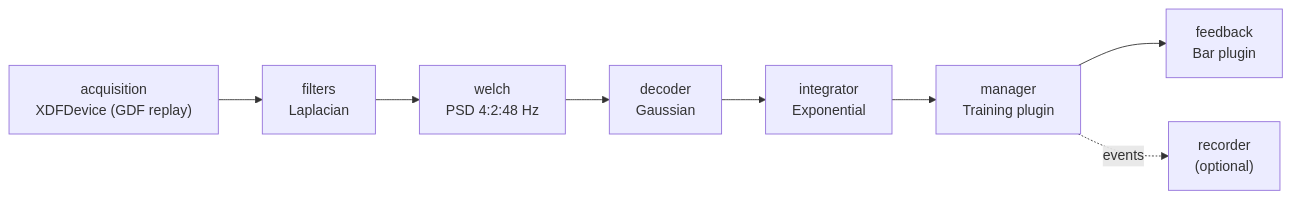
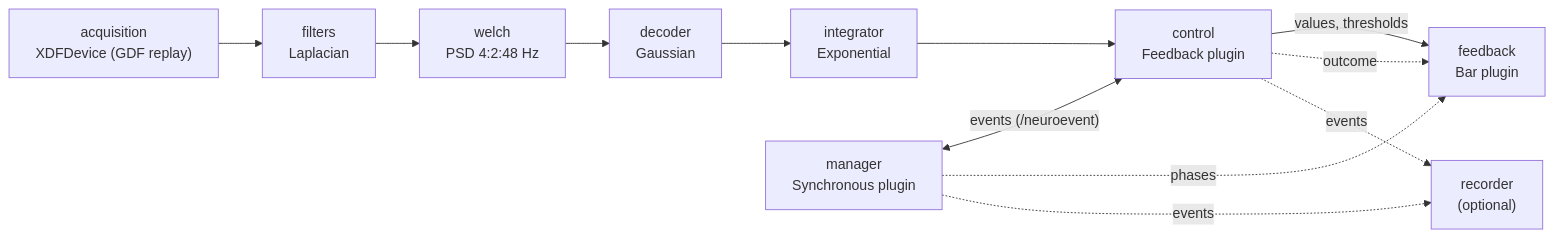
The diagram in docs/tutorials/hardware-free-pipeline/index.md (ros2neuro/docs), drawn with Mermaid before and after one commit. The commit also changed other lines of this file and 60 other files, not shown here.

Commit message:
Add four architecture figures, shared-parameters page, robot-control tutorial and MATLAB check description; ignore tutorial packages in colcon

````diff
--- a/docs/tutorials/hardware-free-pipeline/index.md
+++ b/docs/tutorials/hardware-free-pipeline/index.md
@@ -17,10 +17,14 @@
 ```mermaid
 flowchart LR
     ACQ["acquisition<br/>XDFDevice (GDF replay)"] --> FIL["filters<br/>Laplacian"]
     FIL --> WEL["welch<br/>PSD 4:2:48 Hz"]
     WEL --> DEC["decoder<br/>Gaussian"]
     DEC --> INT["integrator<br/>Exponential"]
-    INT --> MAN["manager<br/>Training plugin"]
-    MAN --> FB["feedback<br/>Bar plugin"]
-    MAN -.->|"events"| REC["recorder<br/>(optional)"]
+    INT --> CTL["control<br/>Feedback plugin"]
+    MAN["manager<br/>Synchronous plugin"] <-->|"events (/neuroevent)"| CTL
+    CTL -->|"values, thresholds"| FB["feedback<br/>Bar plugin"]
+    MAN -.->|"phases"| FB
+    CTL -.->|"outcome"| FB
+    CTL -.->|"events"| REC["recorder<br/>(optional)"]
+    MAN -.->|"events"| REC
 ```
````
